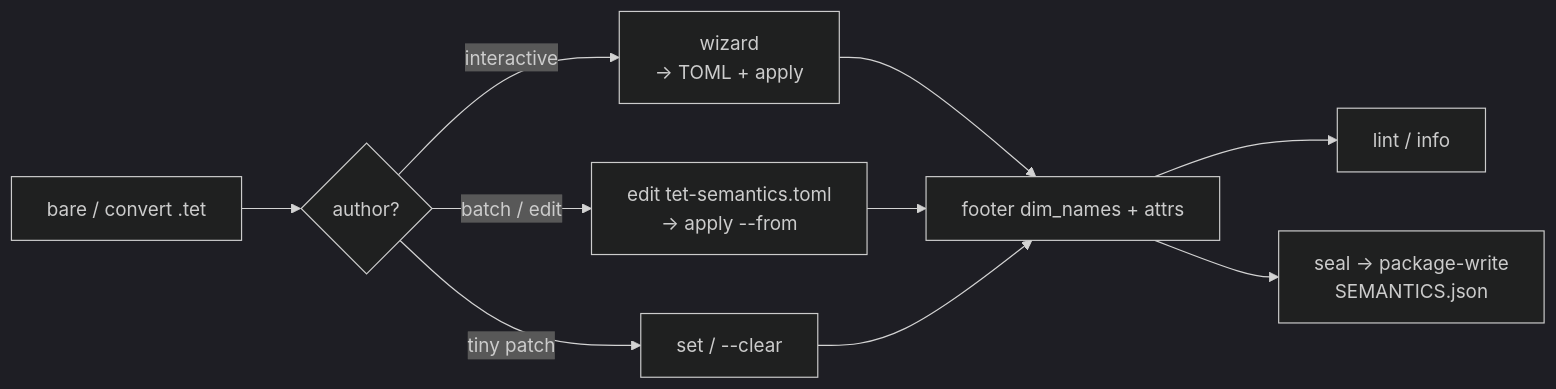
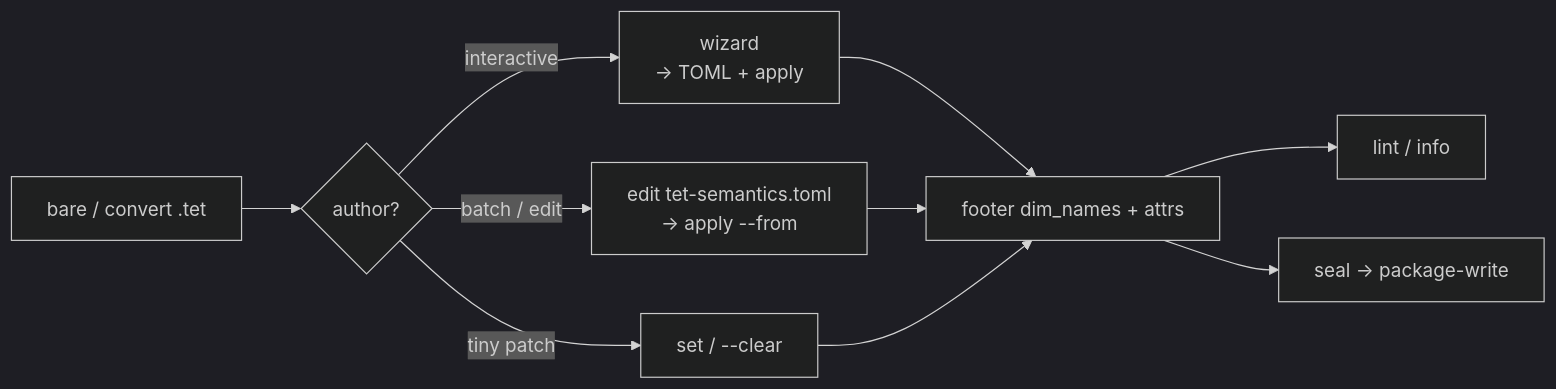
Before and after one commit to Latka-Industries/tetration-docs: the diagram in docs/guides/semantics/index.md, drawn with Mermaid (dark theme). The commit also changed other lines of this file and 1 other file, not shown here.

First line of the commit message:
Docs: streamline semantics guide — one stamp-rules / fold-inert pass. (#78)

````diff
--- a/docs/guides/semantics/index.md
+++ b/docs/guides/semantics/index.md
@@ -31,12 +31,12 @@
 ```mermaid
 flowchart LR
   bare["bare / convert .tet"] --> choose{author?}
   choose -->|interactive| wiz["wizard\n→ TOML + apply"]
   choose -->|batch / edit| toml["edit tet-semantics.toml\n→ apply --from"]
   choose -->|tiny patch| set["set / --clear"]
   wiz --> footer["footer dim_names + attrs"]
   toml --> footer
   set --> footer
   footer --> lint["lint / info"]
-  footer --> pkg["seal → package-write\nSEMANTICS.json"]
+  footer --> pkg["seal → package-write"]
 ```
````
